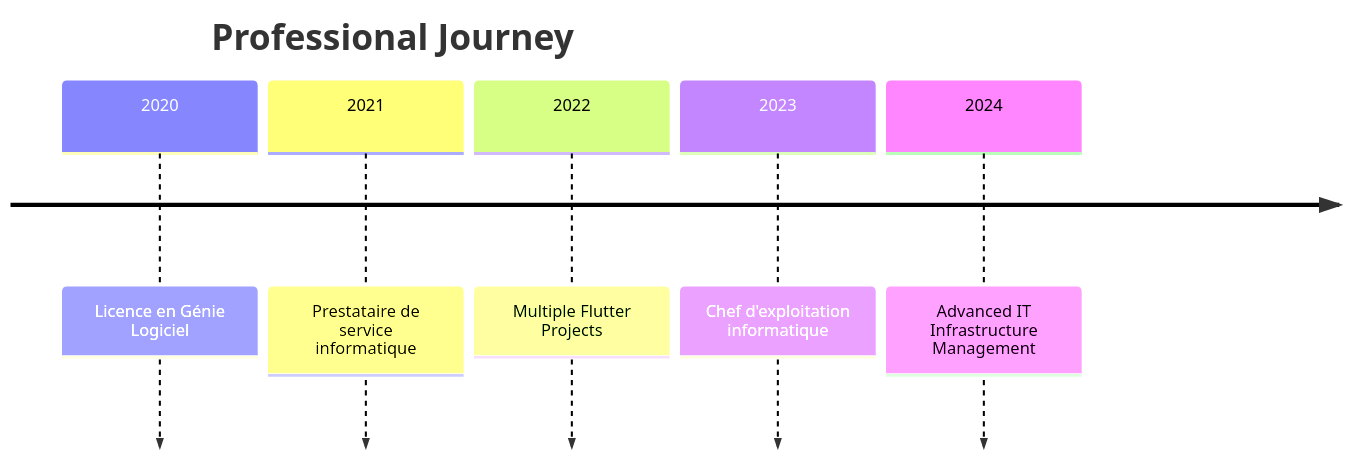
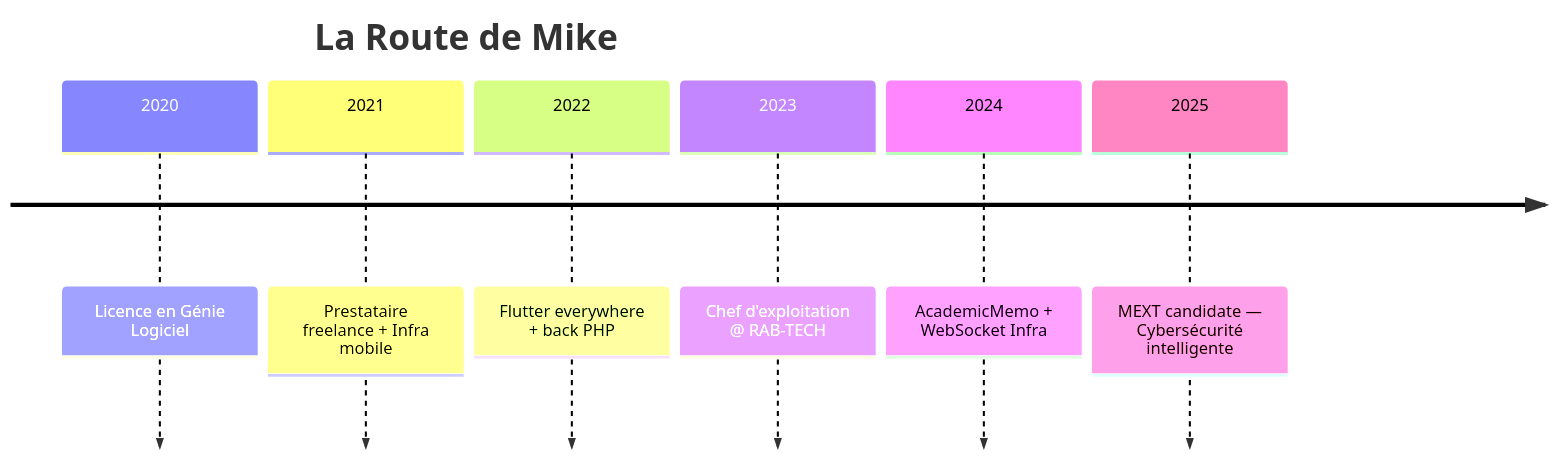
Before and after one commit to MikeCHOKKI/MikeCHOKKI: the diagram in README.md, drawn with Mermaid. The commit also changed other lines of this file, not shown here.

Commit message:
Update README.md to enhance personal branding and project descriptions, including new focus areas and improved tech stack details.

````diff
--- a/README.md
+++ b/README.md
@@ -295,9 +130,10 @@
 ```mermaid
 timeline
-    title Professional Journey
-    2020    : Licence en Génie Logiciel
-    2021    : Prestataire de service informatique
-    2022    : Multiple Flutter Projects
-    2023    : Chef d'exploitation informatique
-    2024    : Advanced IT Infrastructure Management
+    title La Route de Mike
+    2020 : Licence en Génie Logiciel
+    2021 : Prestataire freelance + Infra mobile
+    2022 : Flutter everywhere + back PHP
+    2023 : Chef d'exploitation @ RAB-TECH
+    2024 : AcademicMemo + WebSocket Infra
+    2025 : MEXT candidate — Cybersécurité intelligente
 ```
````
